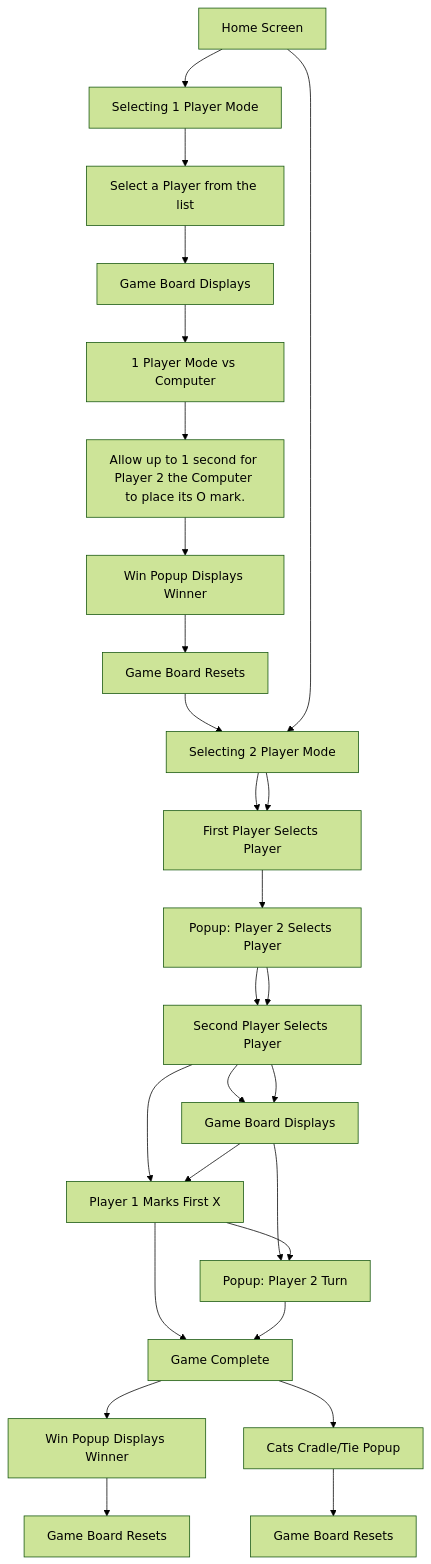
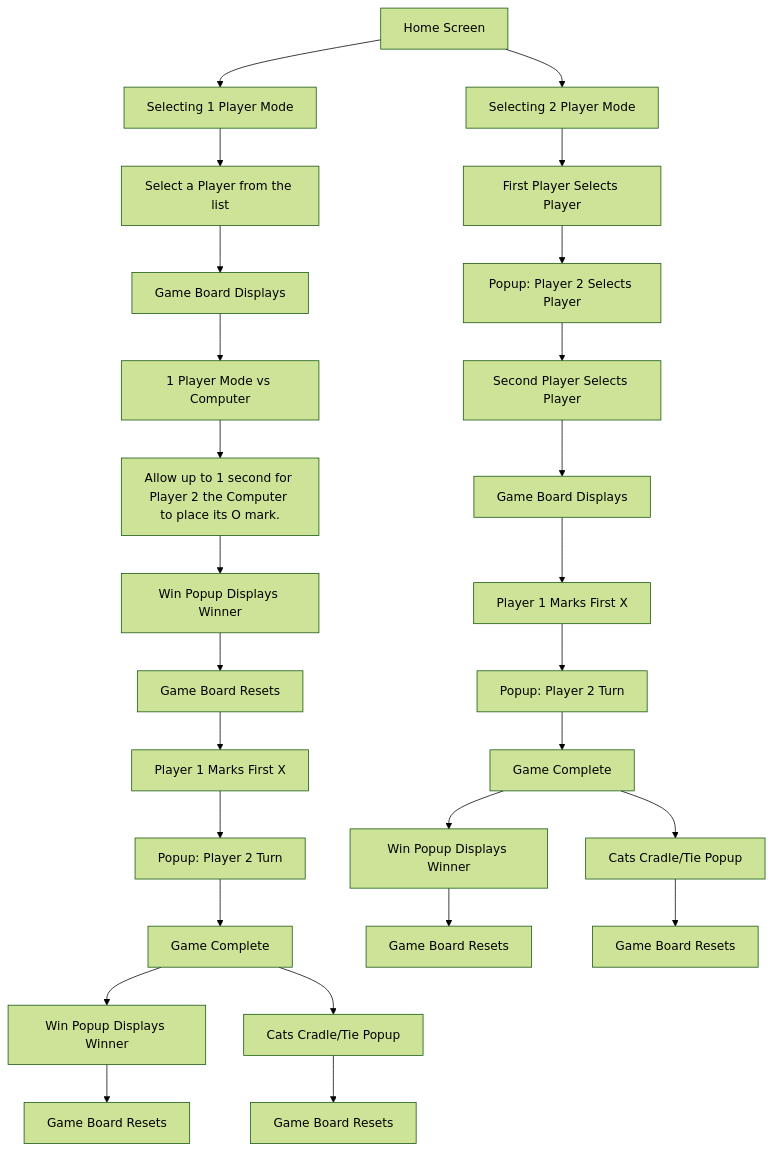
The second of 2 diagrams in README.md (jfprogramming/tic-tac-toe), drawn with Mermaid (forest theme) before and after one commit.

````diff
--- a/README.md
+++ b/README.md
@@ -59,30 +59,30 @@
 ```mermaid
 graph TD
     A[Home Screen] --> B[Selecting 1 Player Mode]
     B --> C[Select a Player from the list]
     C --> D[Game Board Displays]
     D --> E[1 Player Mode vs Computer]
     E --> F[Allow up to 1 second for Player 2 the Computer to place its O mark.]
     F --> G[Win Popup Displays Winner]
     G --> H[Game Board Resets]
     H --> I[Player 1 Marks First X]
     I --> J[Popup: Player 2 Turn]
-    K --> L[Game Complete]
-    L --> M[Win Popup Displays Winner]
-    L --> N[Cats Cradle/Tie Popup]
+    J --> K[Game Complete]
+    K --> L[Win Popup Displays Winner]
+    K --> M[Cats Cradle/Tie Popup]
+    L --> N[Game Board Resets]
     M --> O[Game Board Resets]
-    N --> P[Game Board Resets]
 
-    A --> I[Selecting 2 Player Mode]
-    I --> J[First Player Selects Player]
-    J --> K[Popup: Player 2 Selects Player]
-    K --> L[Second Player Selects Player]
-    L --> M[Game Board Displays]
-    M --> N[Player 1 Marks First X]
-    N --> O[Popup: Player 2 Turn]
-    O --> P[Game Complete]
-    P --> Q[Win Popup Displays Winner]
-    P --> R[Cats Cradle/Tie Popup]
-    R --> S[Game Board Resets]
-    Q --> T[Game Board Resets]
+    A --> P[Selecting 2 Player Mode]
+    P --> Q[First Player Selects Player]
+    Q --> R[Popup: Player 2 Selects Player]
+    R --> S[Second Player Selects Player]
+    S --> T[Game Board Displays]
+    T --> U[Player 1 Marks First X]
+    U --> V[Popup: Player 2 Turn]
+    V --> W[Game Complete]
+    W --> X[Win Popup Displays Winner]
+    W --> Y[Cats Cradle/Tie Popup]
+    X --> Z[Game Board Resets]
+    Y --> AA[Game Board Resets]
 ```
````
